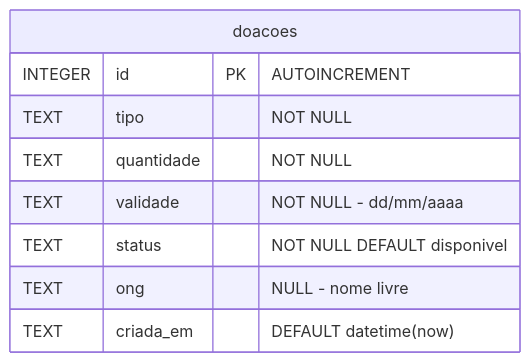
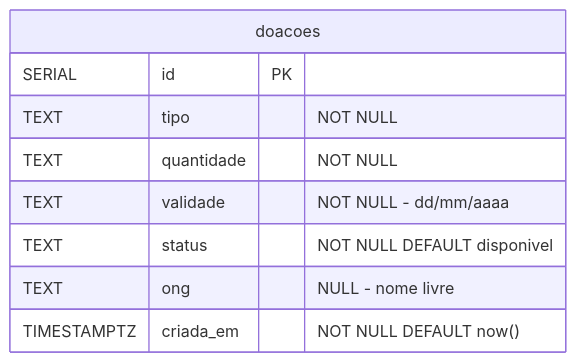
Before and after one commit to HeloisaRebello17/g1126-prato-cheio: the sixth of 6 diagrams in docs/diagramas.md, drawn with Mermaid. The commit also changed other lines of this file and 13 other files, not shown here.

````diff
--- a/docs/diagramas.md
+++ b/docs/diagramas.md
@@ -194,12 +194,12 @@
 ```mermaid
 erDiagram
     doacoes {
-        INTEGER id PK "AUTOINCREMENT"
+        SERIAL id PK
         TEXT tipo "NOT NULL"
         TEXT quantidade "NOT NULL"
         TEXT validade "NOT NULL - dd/mm/aaaa"
         TEXT status "NOT NULL DEFAULT disponivel"
         TEXT ong "NULL - nome livre"
-        TEXT criada_em "DEFAULT datetime(now)"
+        TIMESTAMPTZ criada_em "NOT NULL DEFAULT now()"
     }
 ```
````
